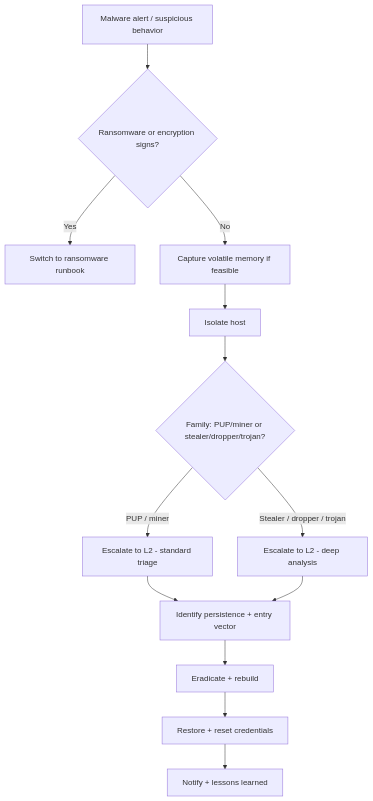
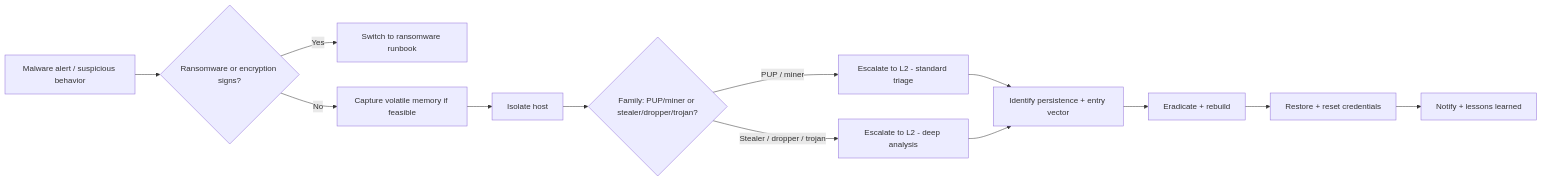
Before and after one commit to MiracleDvm/ir-firstline: the diagram in docs/runbooks/malware-infection.md, drawn with Mermaid. The commit also changed other lines of this file and 26 other files, not shown here.

Commit message:
Fix decision-tree diagram sizing/legibility, add PDF export, land tool links -- Convert decision trees to horizontal/collapsible, link cited tools/sources

````diff
--- a/docs/runbooks/malware-infection.md
+++ b/docs/runbooks/malware-infection.md
@@ -30,15 +32,15 @@
-```mermaid
-flowchart TD
-    A[Malware alert / suspicious behavior] --> B{Ransomware or encryption signs?}
-    B -->|Yes| Z[Switch to ransomware runbook]
-    B -->|No| C[Capture volatile memory if feasible]
-    C --> D[Isolate host]
-    D --> E{Family: PUP/miner or stealer/dropper/trojan?}
-    E -->|PUP / miner| F[Escalate to L2 - standard triage]
-    E -->|Stealer / dropper / trojan| G[Escalate to L2 - deep analysis]
-    F --> H[Identify persistence + entry vector]
-    G --> H
-    H --> I[Eradicate + rebuild]
-    I --> J[Restore + reset credentials]
-    J --> K[Notify + lessons learned]
-```
+    ```mermaid
+    flowchart LR
+        A[Malware alert / suspicious behavior] --> B{Ransomware or encryption signs?}
+        B -->|Yes| Z[Switch to ransomware runbook]
+        B -->|No| C[Capture volatile memory if feasible]
+        C --> D[Isolate host]
+        D --> E{Family: PUP/miner or stealer/dropper/trojan?}
+        E -->|PUP / miner| F[Escalate to L2 - standard triage]
+        E -->|Stealer / dropper / trojan| G[Escalate to L2 - deep analysis]
+        F --> H[Identify persistence + entry vector]
+        G --> H
+        H --> I[Eradicate + rebuild]
+        I --> J[Restore + reset credentials]
+        J --> K[Notify + lessons learned]
+    ```
````
